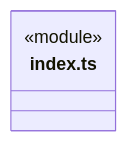
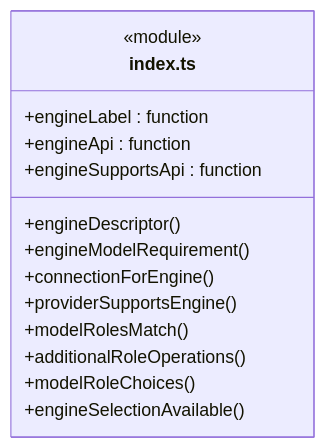
One commit to nan023062/cbim changed the third of 7 diagrams in src/logic/engines/ARCHITECTURE.md. Above: the diagram before and after it, drawn with Mermaid. The commit also changed other lines of this file and 137 other files, not shown here.

Commit message:
fix: align architecture generator with documentation standards

````diff
--- a/src/logic/engines/ARCHITECTURE.md
+++ b/src/logic/engines/ARCHITECTURE.md
@@ -152,6 +154,17 @@
 ```mermaid
 classDiagram
 class N_src_logic_engines_index_ts["index.ts"] {
   <<module>>
+  +engineDescriptor()
+  +engineLabel : function
+  +engineApi : function
+  +engineSupportsApi : function
+  +engineModelRequirement()
+  +connectionForEngine()
+  +providerSupportsEngine()
+  +modelRolesMatch()
+  +additionalRoleOperations()
+  +modelRoleChoices()
+  +engineSelectionAvailable()
 }
 ```
````
